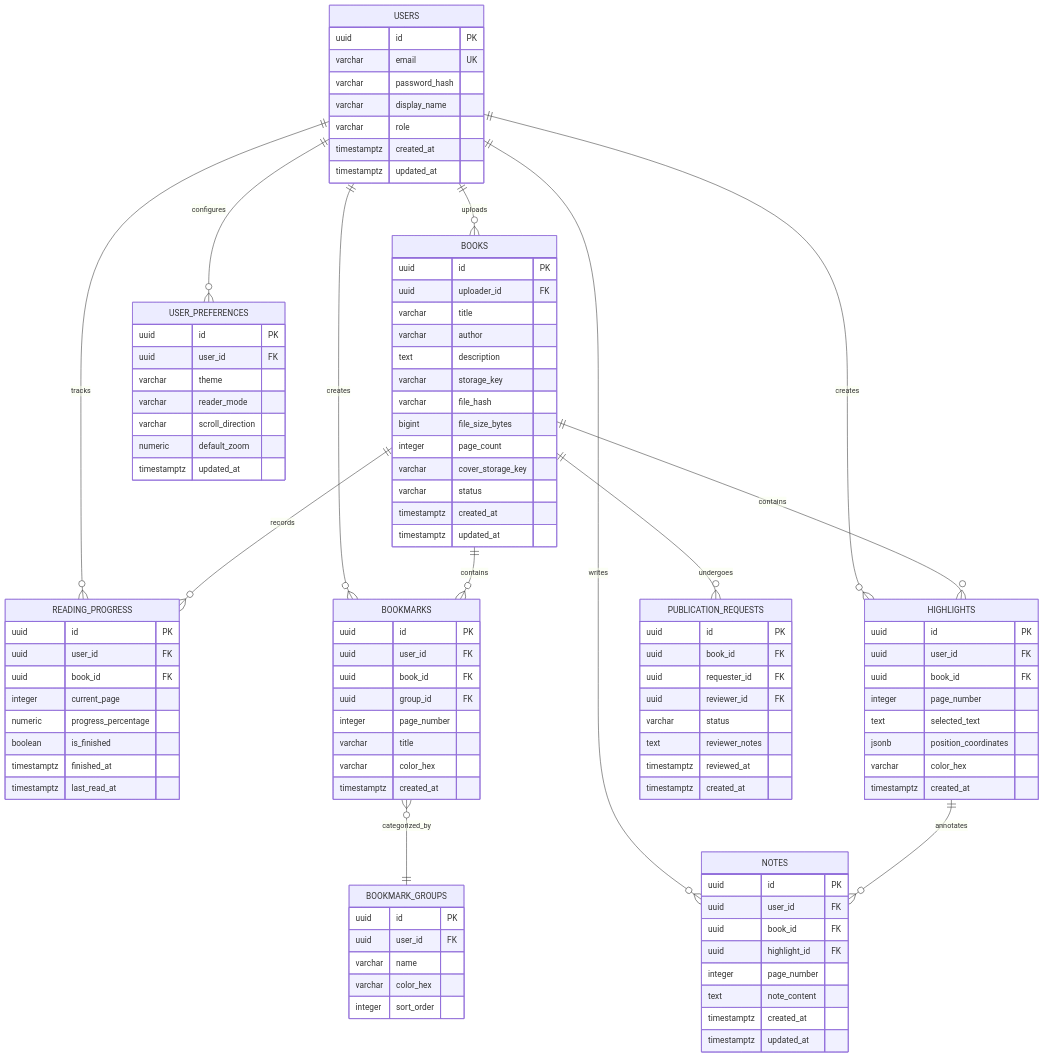
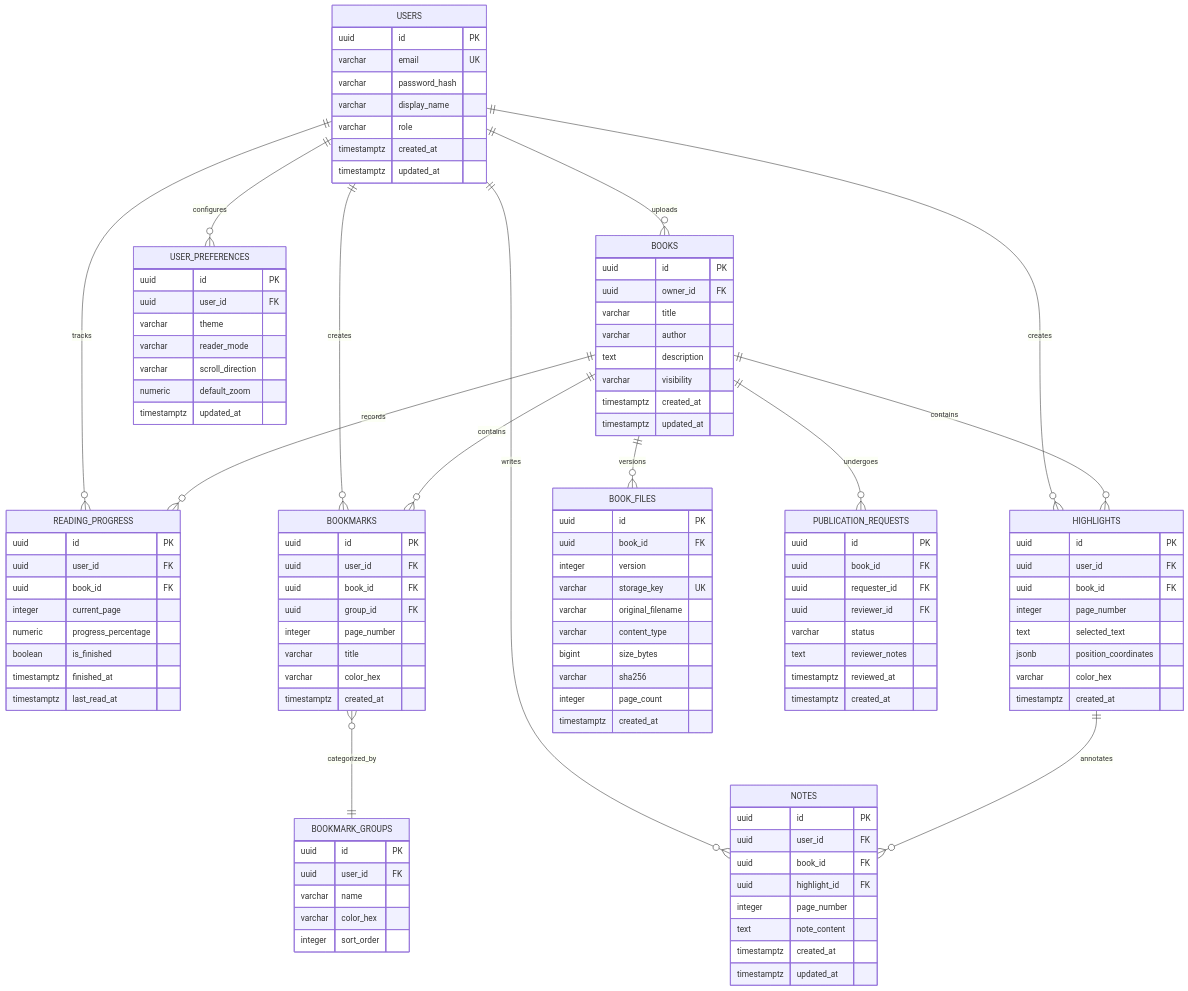
One commit to dodoododo/openshelf-ebook-website changed the diagram in docs/architecture/database-design.md. Above: the diagram before and after it, drawn with Mermaid. The commit also changed other lines of this file and 172 other files, not shown here.

```diff
--- a/docs/architecture/database-design.md
+++ b/docs/architecture/database-design.md
@@ -20,6 +33,7 @@
     USERS ||--o{ USER_PREFERENCES : "configures"
 
     BOOKS ||--o{ READING_PROGRESS : "records"
+    BOOKS ||--o{ BOOK_FILES : "versions"
     BOOKS ||--o{ BOOKMARKS : "contains"
     BOOKS ||--o{ HIGHLIGHTS : "contains"
     BOOKS ||--o{ PUBLICATION_REQUESTS : "undergoes"
@@ -39,18 +53,26 @@
 
     BOOKS {
         uuid id PK
-        uuid uploader_id FK
+        uuid owner_id FK
         varchar title
         varchar author
         text description
-        varchar storage_key
-        varchar file_hash
-        bigint file_size_bytes
-        integer page_count
-        varchar cover_storage_key
-        varchar status
+        varchar visibility
         timestamptz created_at
         timestamptz updated_at
+    }
+
+    BOOK_FILES {
+        uuid id PK
+        uuid book_id FK
+        integer version
+        varchar storage_key UK
+        varchar original_filename
+        varchar content_type
+        bigint size_bytes
+        varchar sha256
+        integer page_count
+        timestamptz created_at
     }
 
     PUBLICATION_REQUESTS {
```
